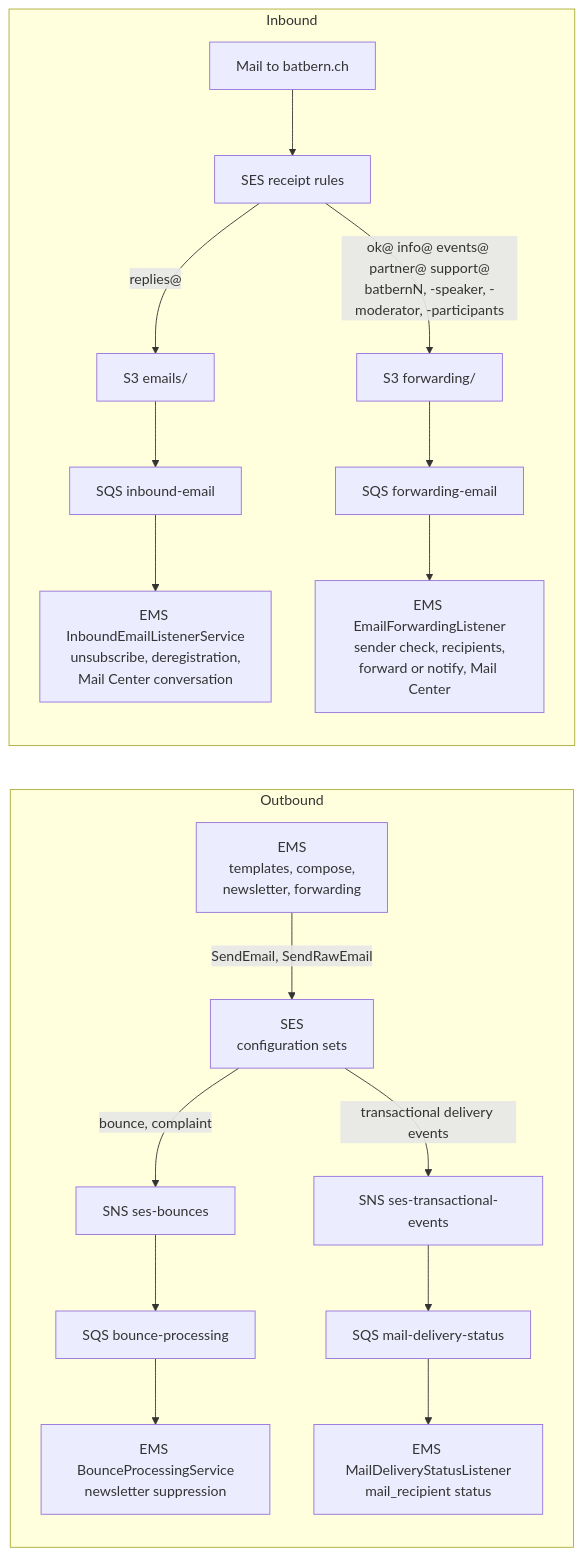
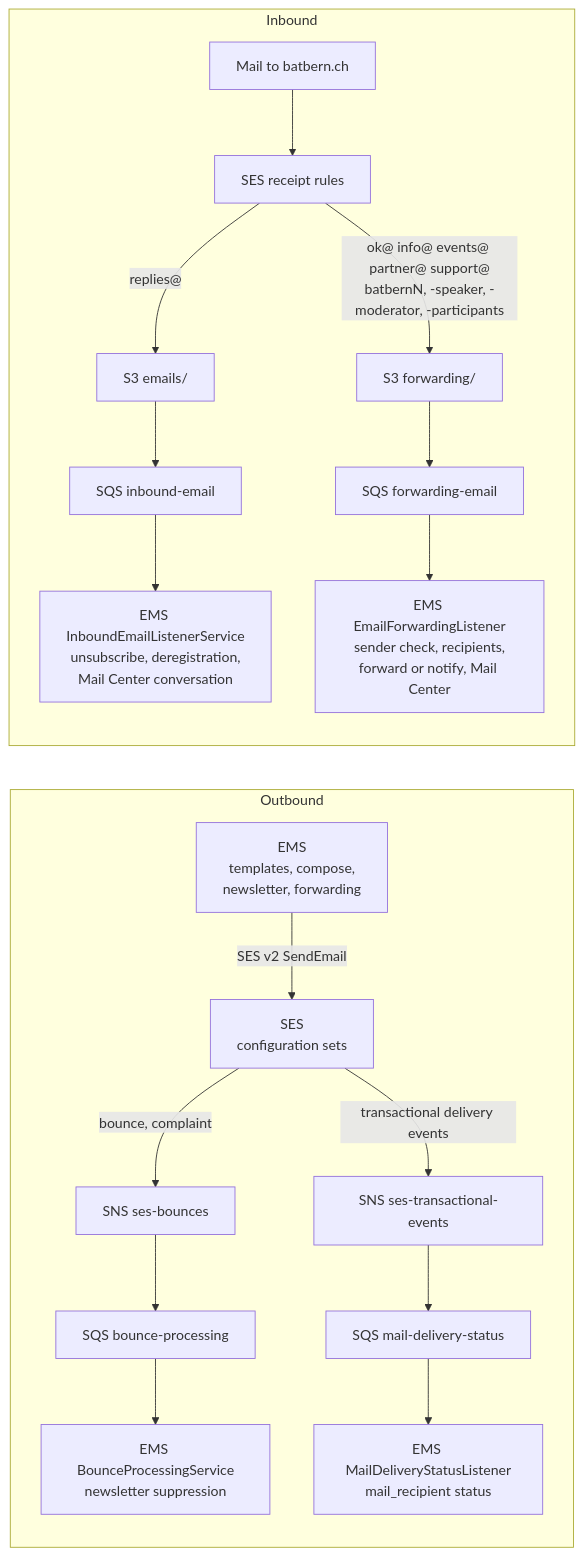
Before and after one commit to nissimbuchs/BATbern2: the fifth of 8 diagrams in docs/architecture/01-system-overview.md, drawn with Mermaid. The commit also changed 351 other files, not shown here.

First line of the commit message:
feat(agent-runtime): agent-service runs a gated, logged agent loop (epic 1, dark) + SES v2 forwarding fix (#1345)

````diff
--- a/docs/architecture/01-system-overview.md
+++ b/docs/architecture/01-system-overview.md
@@ -279,17 +279,17 @@
 ```mermaid
 flowchart LR
     subgraph mailout["Outbound"]
-        EMSO["EMS<br/>templates, compose,<br/>newsletter, forwarding"] -->|"SendEmail, SendRawEmail"| SESO["SES<br/>configuration sets"]
+        EMSO["EMS<br/>templates, compose,<br/>newsletter, forwarding"] -->|"SES v2 SendEmail"| SESO["SES<br/>configuration sets"]
         SESO -->|"bounce, complaint"| SNSB["SNS ses-bounces"] --> QB["SQS bounce-processing"]
         SESO -->|"transactional delivery events"| SNST["SNS ses-transactional-events"] --> QD["SQS mail-delivery-status"]
         QB --> EMSB["EMS BounceProcessingService<br/>newsletter suppression"]
         QD --> EMSD["EMS MailDeliveryStatusListener<br/>mail_recipient status"]
     end
     subgraph mailin["Inbound"]
         MX["Mail to batbern.ch"] --> RULES["SES receipt rules"]
         RULES -->|"replies@"| S3R["S3 emails/"] --> QR["SQS inbound-email"]
         RULES -->|"ok@ info@ events@ partner@ support@<br/>batbernN, -speaker, -moderator, -participants"| S3F["S3 forwarding/"] --> QF["SQS forwarding-email"]
         QR --> IR["EMS InboundEmailListenerService<br/>unsubscribe, deregistration,<br/>Mail Center conversation"]
         QF --> FW["EMS EmailForwardingListener<br/>sender check, recipients,<br/>forward or notify, Mail Center"]
     end
 ```
````
